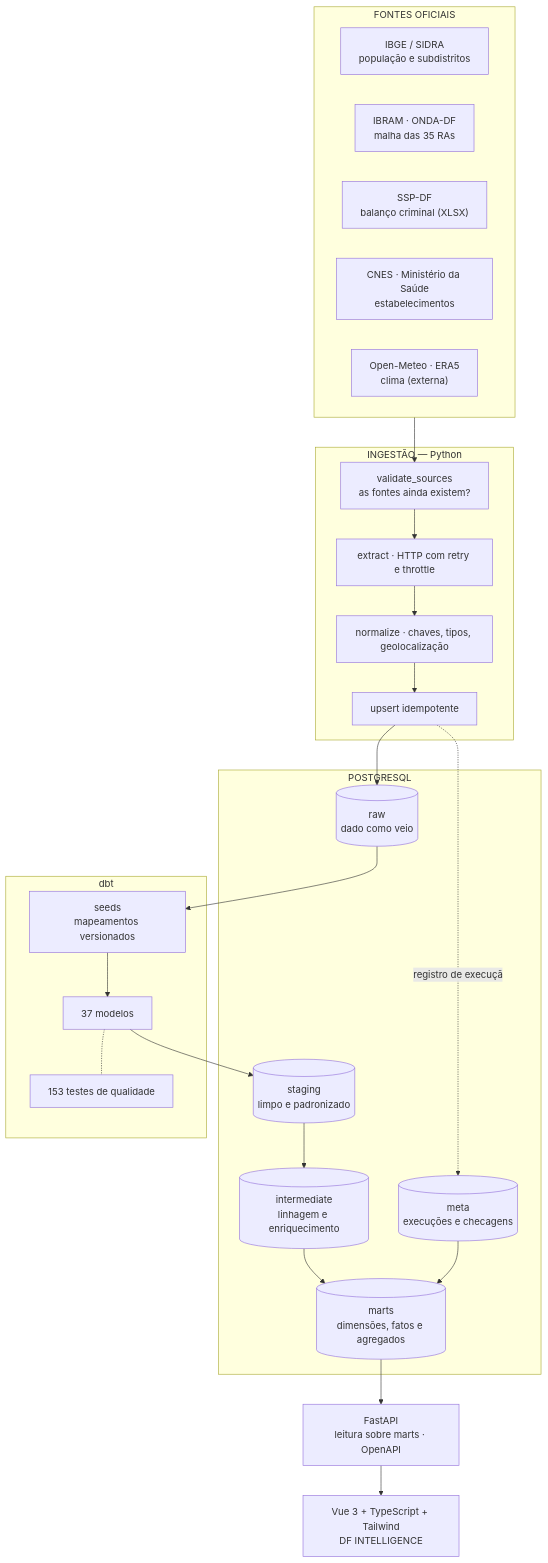
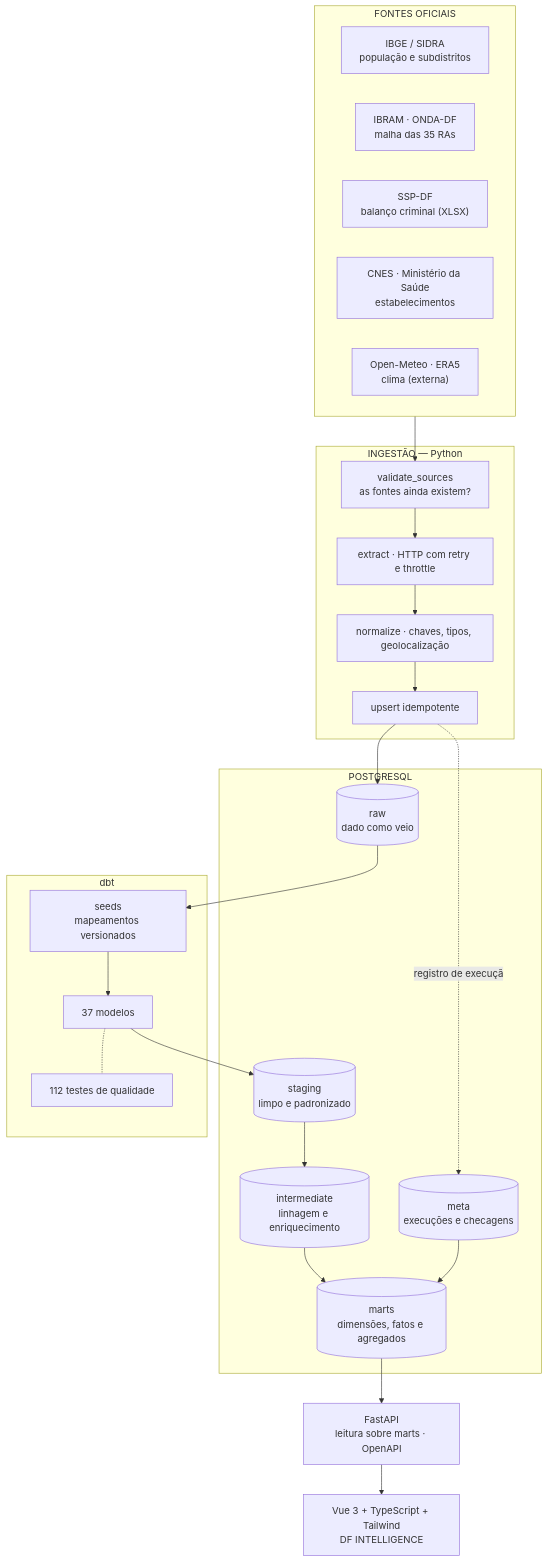
The first of 2 diagrams in docs/architecture.md (enzosouto/df-intelligence-bdi), drawn with Mermaid before and after one commit. The commit also changed other lines of this file and 47 other files, not shown here.

````diff
--- a/docs/architecture.md
+++ b/docs/architecture.md
@@ -5,44 +5,44 @@
 ```mermaid
 flowchart TB
     subgraph FONTES["FONTES OFICIAIS"]
         direction LR
         IBGE["IBGE / SIDRA<br/>população e subdistritos"]
         IBRAM["IBRAM · ONDA-DF<br/>malha das 35 RAs"]
         SSP["SSP-DF<br/>balanço criminal (XLSX)"]
         CNES["CNES · Ministério da Saúde<br/>estabelecimentos"]
         METEO["Open-Meteo · ERA5<br/>clima (externa)"]
     end
 
     subgraph INGESTION["INGESTÃO — Python"]
         VALIDATE["validate_sources<br/>as fontes ainda existem?"]
         EXTRACT["extract · HTTP com retry e throttle"]
         NORMALIZE["normalize · chaves, tipos, geolocalização"]
         UPSERT["upsert idempotente"]
     end
 
     subgraph POSTGRES["POSTGRESQL"]
         RAW[("raw<br/>dado como veio")]
         STG[("staging<br/>limpo e padronizado")]
         INT[("intermediate<br/>linhagem e enriquecimento")]
         MARTS[("marts<br/>dimensões, fatos e agregados")]
         META[("meta<br/>execuções e checagens")]
     end
 
     subgraph DBT["dbt"]
         SEEDS["seeds<br/>mapeamentos versionados"]
         MODELS["37 modelos"]
-        TESTS["153 testes de qualidade"]
+        TESTS["112 testes de qualidade"]
     end
 
     API["FastAPI<br/>leitura sobre marts · OpenAPI"]
     UI["Vue 3 + TypeScript + Tailwind<br/>DF INTELLIGENCE"]
 
     FONTES --> VALIDATE --> EXTRACT --> NORMALIZE --> UPSERT --> RAW
     UPSERT -.registro de execução.-> META
     RAW --> SEEDS
     SEEDS --> MODELS
     MODELS --> STG --> INT --> MARTS
     META --> MARTS
     MODELS -.- TESTS
     MARTS --> API --> UI
 ```
````
